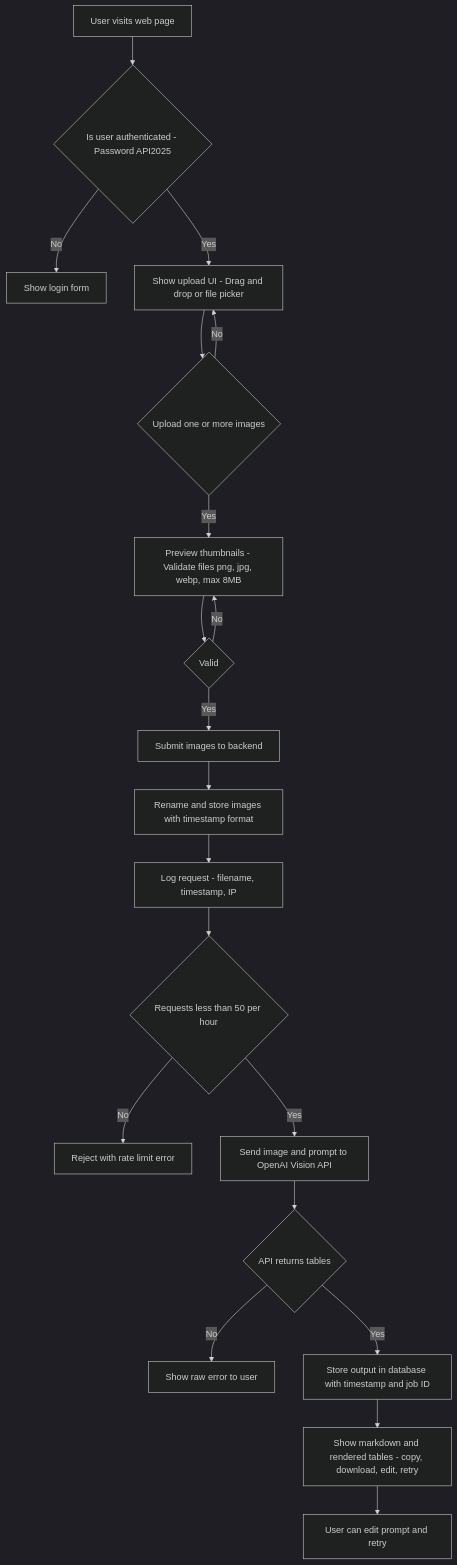
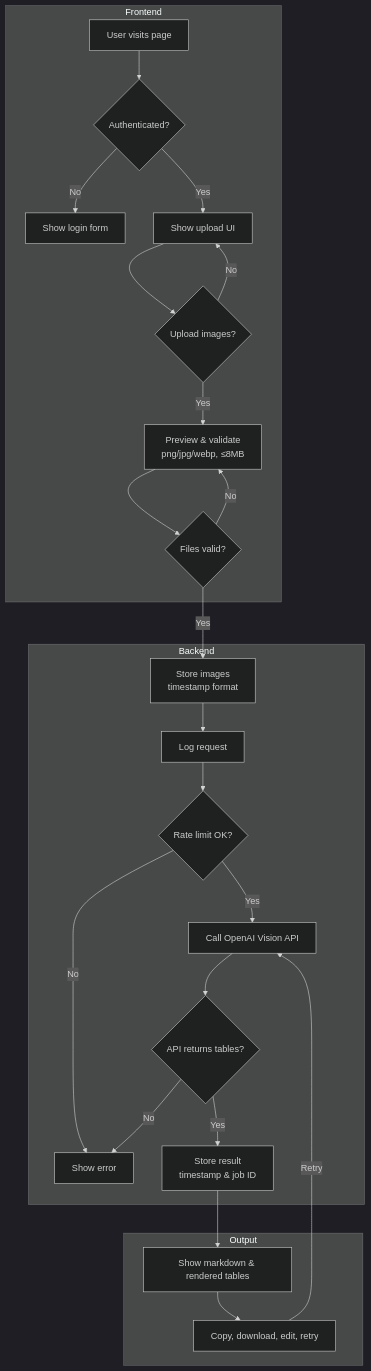
One commit to sherafyk/SFK3 changed the diagram in AGENTS.md. Above: the diagram before and after it, drawn with Mermaid (dark theme).

````diff
--- a/AGENTS.md
+++ b/AGENTS.md
@@ -10,22 +10,49 @@
 ```mermaid
 flowchart TD
-    A[User visits web page] --> B{Is user authenticated - Password API2025}
-    B -- No --> C[Show login form]
-    B -- Yes --> D[Show upload UI - Drag and drop or file picker]
-    D --> E{Upload one or more images}
+    subgraph Frontend
+        A[User visits page]
+        B{Authenticated?}
+        C[Show login form]
+        D[Show upload UI]
+        E{Upload images?}
+        F[Preview & validate<br>png/jpg/webp, ≤8MB]
+        G{Files valid?}
+    end
+
+    subgraph Backend
+        H[Store images<br>timestamp format]
+        I[Log request]
+        J{Rate limit OK?}
+        K[Call OpenAI Vision API]
+        L{API returns tables?}
+        M[Show error]
+        N[Store result<br>timestamp & job ID]
+    end
+
+    subgraph Output
+        O[Show markdown & rendered tables]
+        P[Copy, download, edit, retry]
+    end
+
+    %% Flow connections
+    A --> B
+    B -- No --> C
+    B -- Yes --> D
+    D --> E
     E -- No --> D
-    E -- Yes --> F[Preview thumbnails - Validate files png, jpg, webp, max 8MB]
-    F --> G{Valid}
+    E -- Yes --> F
+    F --> G
     G -- No --> F
-    G -- Yes --> H[Submit images to backend]
-    H --> I[Rename and store images with timestamp format]
-    I --> J[Log request - filename, timestamp, IP]
-    J --> K{Requests less than 50 per hour}
-    K -- No --> L[Reject with rate limit error]
-    K -- Yes --> M[Send image and prompt to OpenAI Vision API]
-    M --> N{API returns tables}
-    N -- No --> O[Show raw error to user]
-    N -- Yes --> P[Store output in database with timestamp and job ID]
-    P --> Q[Show markdown and rendered tables - copy, download, edit, retry]
-    Q --> R[User can edit prompt and retry]
+    G -- Yes --> H
+    H --> I
+    I --> J
+    J -- No --> M
+    J -- Yes --> K
+    K --> L
+    L -- No --> M
+    L -- Yes --> N
+    N --> O
+    O --> P
+    P -- Retry --> K
+
 ```
````
